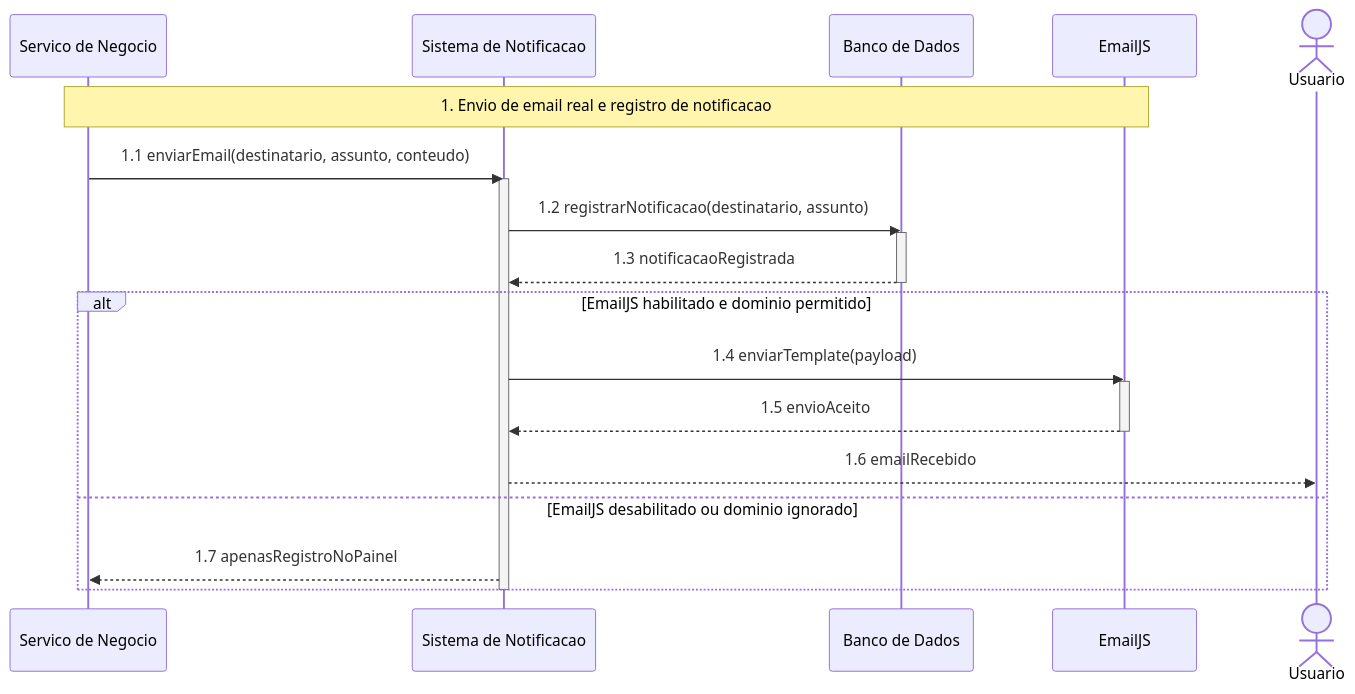
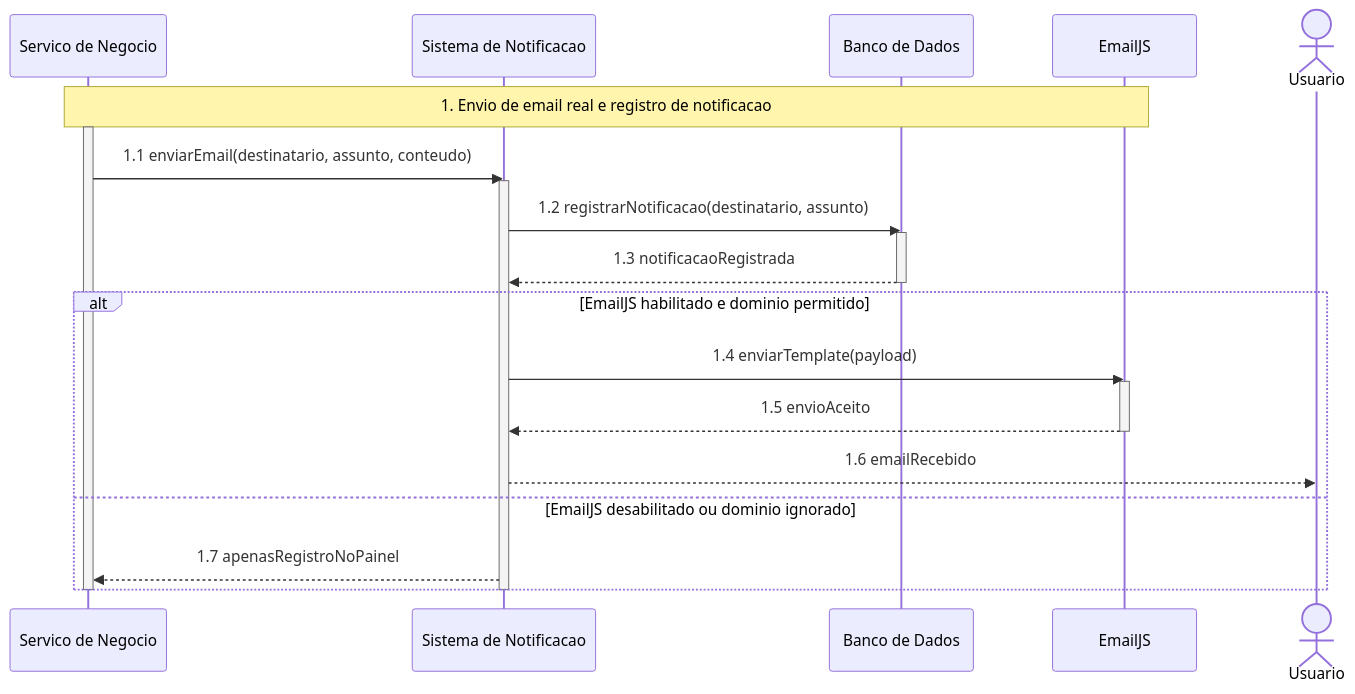
The diagram in Artefatos/DiagramaDeSequencia/DiagramaDeSequencia-RF-14-emailjs.md (Pedroh26ES/Sistema-De-Moedas-Java), drawn with Mermaid before and after one commit. The commit also changed 17 other files, not shown here.

````diff
--- a/Artefatos/DiagramaDeSequencia/DiagramaDeSequencia-RF-14-emailjs.md
+++ b/Artefatos/DiagramaDeSequencia/DiagramaDeSequencia-RF-14-emailjs.md
@@ -9,26 +9,28 @@
 ```mermaid
 sequenceDiagram
     participant Servico as Servico de Negocio
     participant Notificacao as Sistema de Notificacao
     participant DB as Banco de Dados
     participant EmailJS
     actor Usuario
 
     Note over Servico,EmailJS: 1. Envio de email real e registro de notificacao
+    activate Servico
     Servico->>Notificacao: 1.1 enviarEmail(destinatario, assunto, conteudo)
     activate Notificacao
     Notificacao->>DB: 1.2 registrarNotificacao(destinatario, assunto)
     activate DB
     DB-->>Notificacao: 1.3 notificacaoRegistrada
     deactivate DB
     alt EmailJS habilitado e dominio permitido
         Notificacao->>EmailJS: 1.4 enviarTemplate(payload)
         activate EmailJS
         EmailJS-->>Notificacao: 1.5 envioAceito
         deactivate EmailJS
         Notificacao-->>Usuario: 1.6 emailRecebido
     else EmailJS desabilitado ou dominio ignorado
         Notificacao-->>Servico: 1.7 apenasRegistroNoPainel
     end
     deactivate Notificacao
+    deactivate Servico
 ```
````
